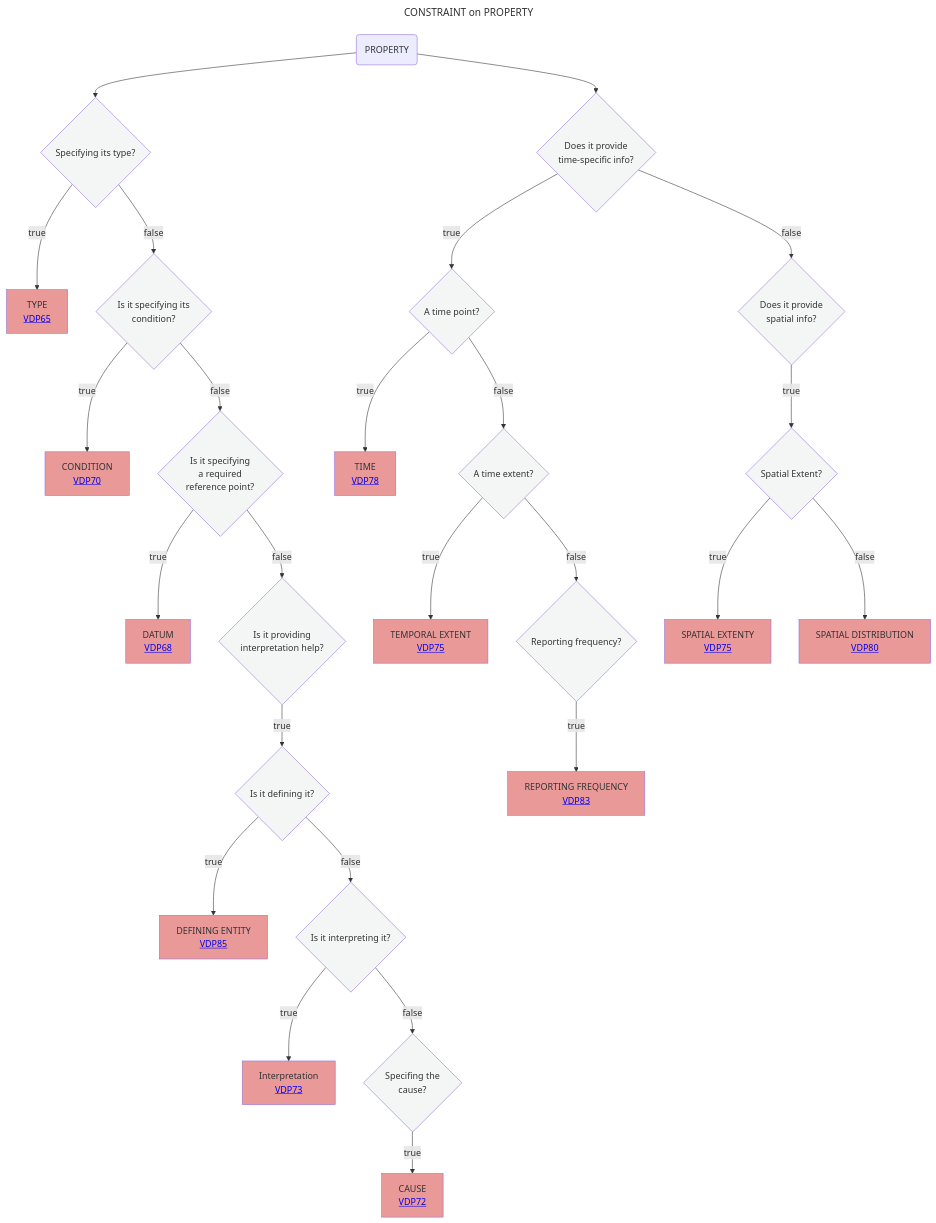
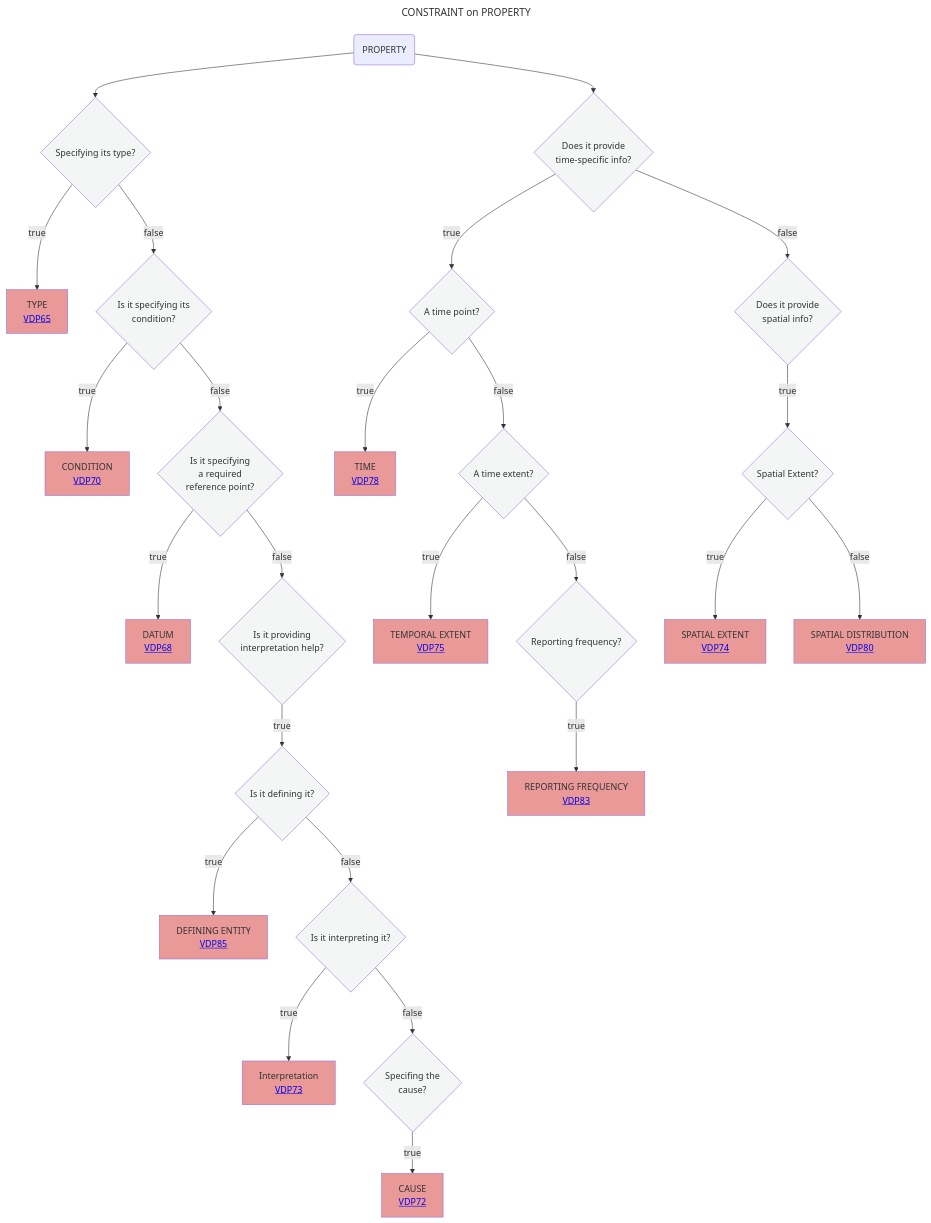
Before and after one commit to mabablue/I-ADOPT-patterns-playground: the diagram in Decisition_trees/DT9.mmd, drawn with Mermaid.

```diff
--- a/Decisition_trees/DT9.mmd
+++ b/Decisition_trees/DT9.mmd
@@ -1,33 +1,33 @@
 ---
 title: CONSTRAINT on PROPERTY
 ---
 flowchart TD
     A(PROPERTY)  --> B{Specifying its type?}:::white
     B --> |true|C[TYPE <br> <a href='https://github.com/mabablue/I-ADOPT-patterns-playground/blob/main/pattern/VDP65.yaml'>VDP65</a>]:::rose
     B --> |false|D{Is it specifying its <br> condition?}:::white
     D --> |true|E[CONDITION <br> <a href='https://github.com/mabablue/I-ADOPT-patterns-playground/blob/main/pattern/VDP70.yaml'>VDP70</a>]:::rose
     D --> |false|F{Is it specifying <br> a required <br> reference point?}:::white
     F --> |true|G[DATUM <br> <a href='https://github.com/mabablue/I-ADOPT-patterns-playground/blob/main/pattern/VDP68.yaml'>VDP68</a>]:::rose
     F --> |false|IH{Is it providing <br> interpretation help?}:::white
     IH --> |true|HI{Is it defining it?}:::white
     HI --> |true|HK[DEFINING ENTITY <br> <a href='https://github.com/mabablue/I-ADOPT-patterns-playground/blob/main/pattern/VDP85.yaml'>VDP85</a>]:::rose
     HI --> |false|I{Is it interpreting it?}:::white
     I --> |true|IJ[Interpretation <br> <a href='https://github.com/mabablue/I-ADOPT-patterns-playground/blob/main/pattern/VDP73.yaml'>VDP73</a>]:::rose
     I --> |false|J{Specifing the <br> cause?}:::white
     J --> |true|K[CAUSE<br> <a href='https://github.com/mabablue/I-ADOPT-patterns-playground/blob/main/pattern/VDP72.yaml'>VDP72</a>]:::rose
     A --> L{Does it provide <br> time-specific info?}:::white
     L --> |true|M{A time point?}:::white
     L --> |false|T{Does it provide <br> spatial info?}:::white
     M --> |true|N[TIME<br> <a href='https://github.com/mabablue/I-ADOPT-patterns-playground/blob/main/pattern/VDP78.yaml'>VDP78</a>]:::rose
     M --> |false|O{A time extent?}:::white
     O --> |true|Q[TEMPORAL EXTENT<br> <a href='https://github.com/mabablue/I-ADOPT-patterns-playground/blob/main/pattern/VDP75.yaml'>VDP75</a>]:::rose
     O --> |false|R{Reporting frequency?}:::white
     R --> |true|S[REPORTING FREQUENCY<br> <a href='https://github.com/mabablue/I-ADOPT-patterns-playground/blob/main/pattern/VDP83.yaml'>VDP83</a>]:::rose
     T --> |true|U{Spatial Extent?}:::white
-    U --> |true|V[SPATIAL EXTENTY<br> <a href='https://github.com/mabablue/I-ADOPT-patterns-playground/blob/main/pattern/VDP.75yaml'>VDP75</a>]:::rose
+    U --> |true|V[SPATIAL EXTENT<br> <a href='https://github.com/mabablue/I-ADOPT-patterns-playground/blob/main/pattern/VDP.74yaml'>VDP74</a>]:::rose
     U --> |false|W[SPATIAL DISTRIBUTION<br> <a href='https://github.com/mabablue/I-ADOPT-patterns-playground/blob/main/pattern/VDP.80yaml'>VDP80</a>]:::rose
    classDef blue fill:#90D5FF
    classDef satblue fill:#57B9FF 
    classDef white fill:#f3f6f4
    classDef green fill:#6aa84f
    classDef rose fill:#ea9999
```
